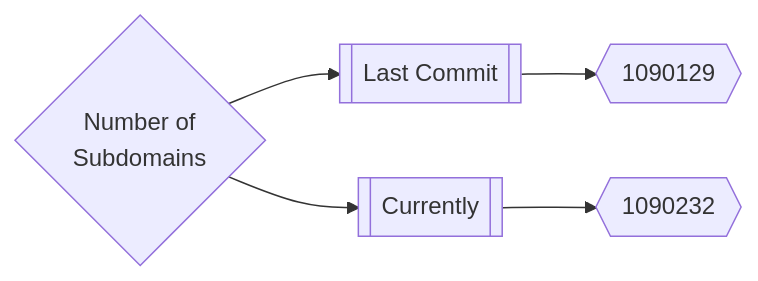
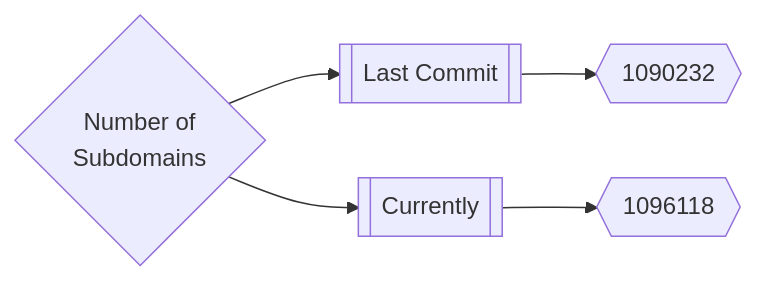
One commit to trickest/inventory changed the first of 3 diagrams in README.md. Above: the diagram before and after it, drawn with Mermaid. The commit also changed other lines of this file and 118 other files, not shown here.

````diff
--- a/README.md
+++ b/README.md
@@ -165,5 +165,5 @@
 ```mermaid
 graph LR
-title{Number of<br>Subdomains} --> subdomainsDate1[[Last Commit]] --> subdomainsNum1{{1090129}}
-title --> subdomainsDate2[[Currently]] --> subdomainsNum2{{1090232}}
+title{Number of<br>Subdomains} --> subdomainsDate1[[Last Commit]] --> subdomainsNum1{{1090232}}
+title --> subdomainsDate2[[Currently]] --> subdomainsNum2{{1096118}}
 ```
````
